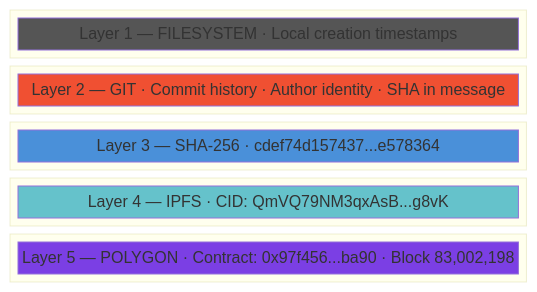
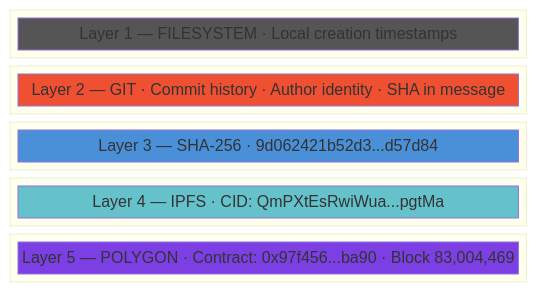
The fifth of 10 diagrams in README.md (FTHTrading/2500-donkeys), drawn with Mermaid before and after one commit. The commit also changed other lines of this file and 3 other files, not shown here.

````diff
--- a/README.md
+++ b/README.md
@@ -321,25 +367,25 @@
 ```mermaid
 block-beta
     columns 1
     block:L1:1
         A["Layer 1 — FILESYSTEM · Local creation timestamps"]
     end
     block:L2:1
         B["Layer 2 — GIT · Commit history · Author identity · SHA in message"]
     end
     block:L3:1
-        C["Layer 3 — SHA-256 · cdef74d157437...e578364"]
+        C["Layer 3 — SHA-256 · 9d062421b52d3...d57d84"]
     end
     block:L4:1
-        D["Layer 4 — IPFS · CID: QmVQ79NM3qxAsB...g8vK"]
+        D["Layer 4 — IPFS · CID: QmPXtEsRwiWua...pgtMa"]
     end
     block:L5:1
-        E["Layer 5 — POLYGON · Contract: 0x97f456...ba90 · Block 83,002,198"]
+        E["Layer 5 — POLYGON · Contract: 0x97f456...ba90 · Block 83,004,469"]
     end
 
     style A fill:#555,color:#fff
     style B fill:#f05032,color:#fff
     style C fill:#4a90d9,color:#fff
     style D fill:#65c2cb,color:#fff
     style E fill:#7b3fe4,color:#fff
 ```
````
